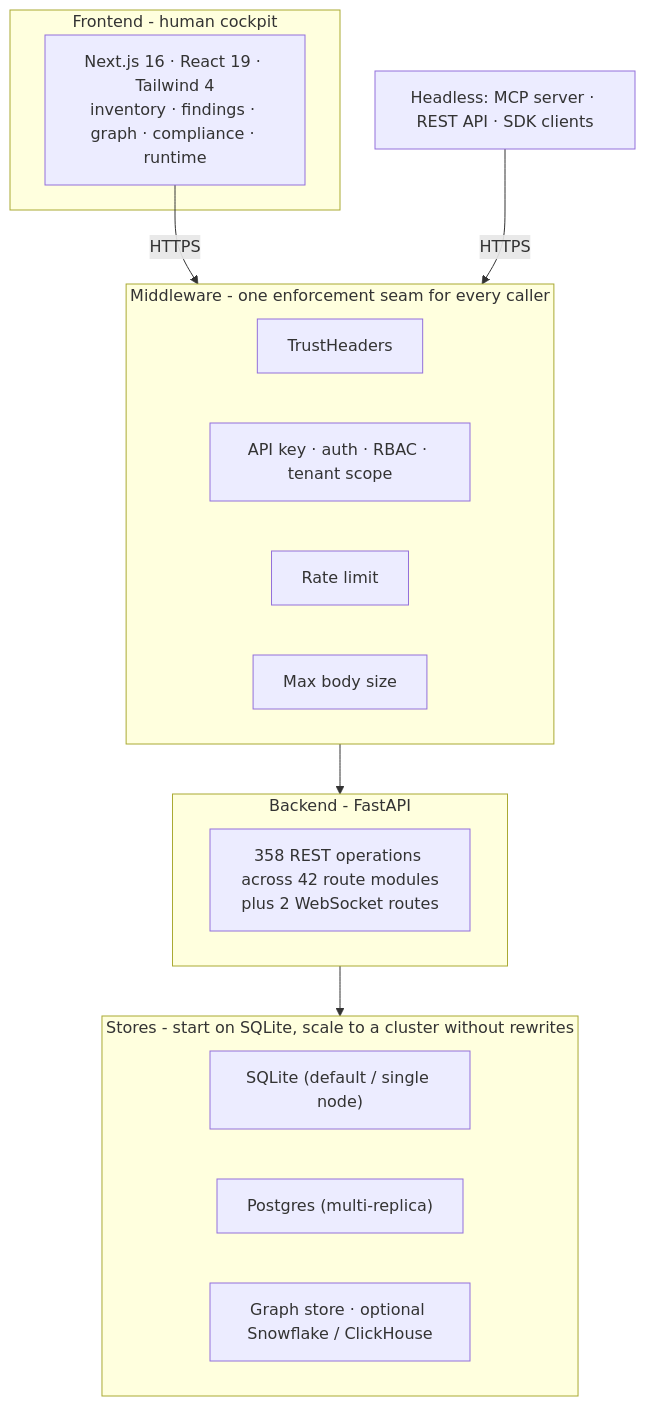
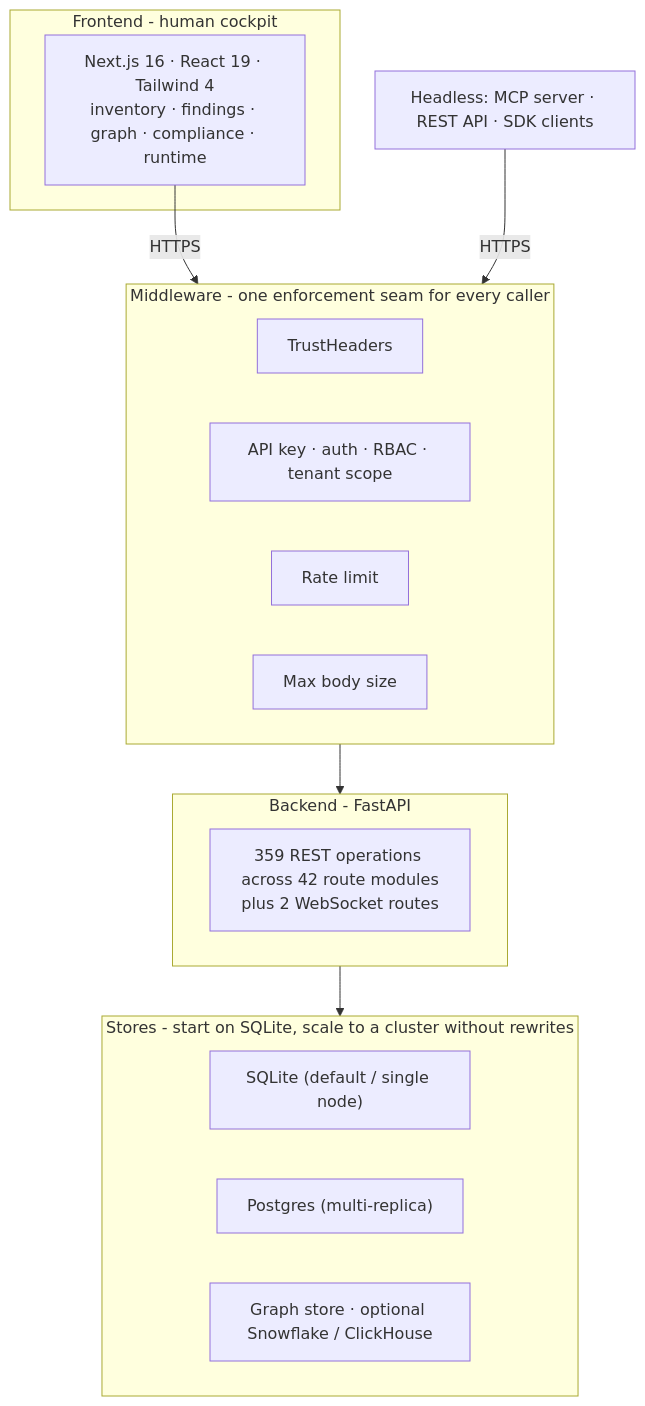
The fourth of 9 diagrams in docs/ARCHITECTURE.md (msaad00/agent-bom), drawn with Mermaid before and after one commit. The commit also changed 40 other files, not shown here.

````diff
--- a/docs/ARCHITECTURE.md
+++ b/docs/ARCHITECTURE.md
@@ -146,26 +146,26 @@
 ```mermaid
 flowchart TB
     subgraph FE["Frontend - human cockpit"]
         UI["Next.js 16 · React 19 · Tailwind 4\ninventory · findings · graph · compliance · runtime"]
     end
     subgraph MW["Middleware - one enforcement seam for every caller"]
         M1["TrustHeaders"]
         M2["API key · auth · RBAC · tenant scope"]
         M3["Rate limit"]
         M4["Max body size"]
     end
     subgraph BE["Backend - FastAPI"]
-        R["358 REST operations across 42 route modules\nplus 2 WebSocket routes"]
+        R["359 REST operations across 42 route modules\nplus 2 WebSocket routes"]
     end
     subgraph ST["Stores - start on SQLite, scale to a cluster without rewrites"]
         S1["SQLite (default / single node)"]
         S2["Postgres (multi-replica)"]
         S3["Graph store · optional Snowflake / ClickHouse"]
     end
 
     EXTAGENT["Headless: MCP server · REST API · SDK clients"]
 
     UI -->|HTTPS| MW
     EXTAGENT -->|HTTPS| MW
     MW --> BE --> ST
 ```
````
